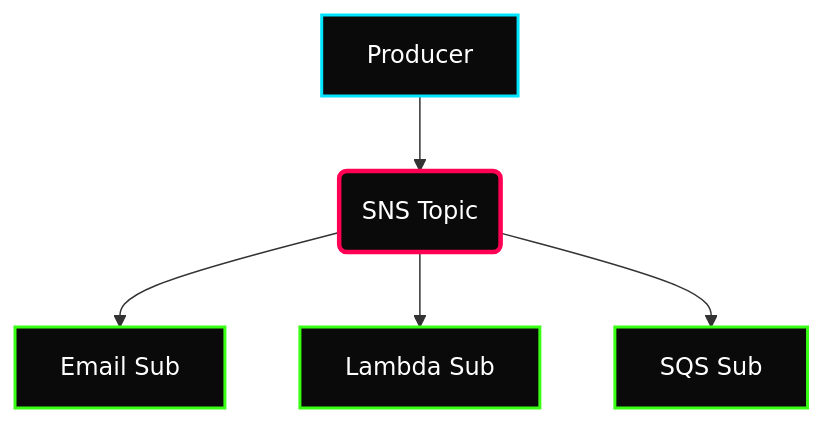
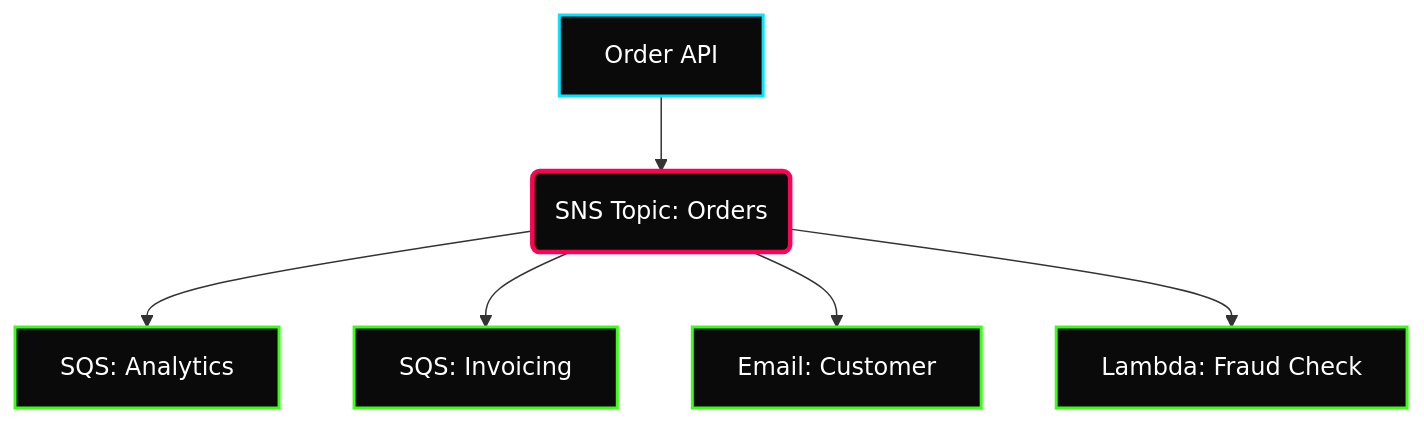
The second of 2 diagrams in Week-13-AWS-Messaging-and-Containers/Messaging-SQS-SNS-Kinesis/notes.md (hridyen/DevOps-Survival-Roadmap), drawn with Mermaid before and after one commit. The commit also changed other lines of this file and 10 other files, not shown here.

````diff
--- a/Week-13-AWS-Messaging-and-Containers/Messaging-SQS-SNS-Kinesis/notes.md
+++ b/Week-13-AWS-Messaging-and-Containers/Messaging-SQS-SNS-Kinesis/notes.md
@@ -59,11 +61,12 @@
 ```mermaid
 graph TD
     classDef app fill:#0A0A0A,stroke:#00E5FF,stroke-width:2px,color:#FFFFFF;
     classDef topic fill:#0A0A0A,stroke:#FF0055,stroke-width:3px,color:#FFFFFF;
     classDef sub fill:#0A0A0A,stroke:#39FF14,stroke-width:2px,color:#FFFFFF;
 
-    P[Producer]:::app --> T(SNS Topic):::topic
-    T --> S1[Email Sub]:::sub
-    T --> S2[Lambda Sub]:::sub
-    T --> S3[SQS Sub]:::sub
+    API[Order API]:::app --> T(SNS Topic: Orders):::topic
+    T --> S1[SQS: Analytics]:::sub
+    T --> S2[SQS: Invoicing]:::sub
+    T --> S3[Email: Customer]:::sub
+    T --> S4[Lambda: Fraud Check]:::sub
 ```
````
